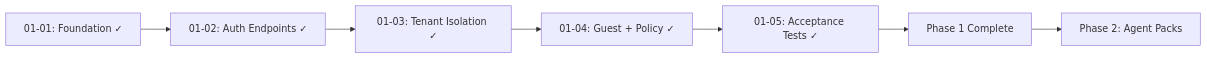
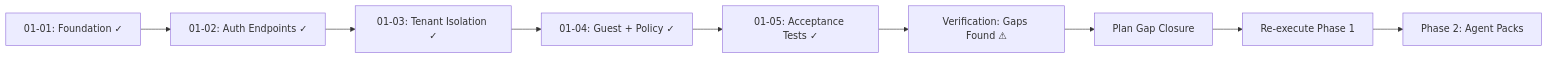
The diagram in .planning/STATE.md (hungphongtrn/minerva), drawn with Mermaid before and after one commit. The commit also changed other lines of this file and 3 other files, not shown here.

````diff
--- a/.planning/STATE.md
+++ b/.planning/STATE.md
@@ -18,9 +18,11 @@
 ```mermaid
 flowchart LR
   S1[01-01: Foundation ✓] --> S2[01-02: Auth Endpoints ✓]
   S2 --> S3[01-03: Tenant Isolation ✓]
   S3 --> S4[01-04: Guest + Policy ✓]
   S4 --> S5[01-05: Acceptance Tests ✓]
-  S5 --> S6[Phase 1 Complete]
-  S6 --> S7[Phase 2: Agent Packs]
+  S5 --> S6[Verification: Gaps Found ⚠]
+  S6 --> S7[Plan Gap Closure]
+  S7 --> S8[Re-execute Phase 1]
+  S8 --> S9[Phase 2: Agent Packs]
 ```
````
